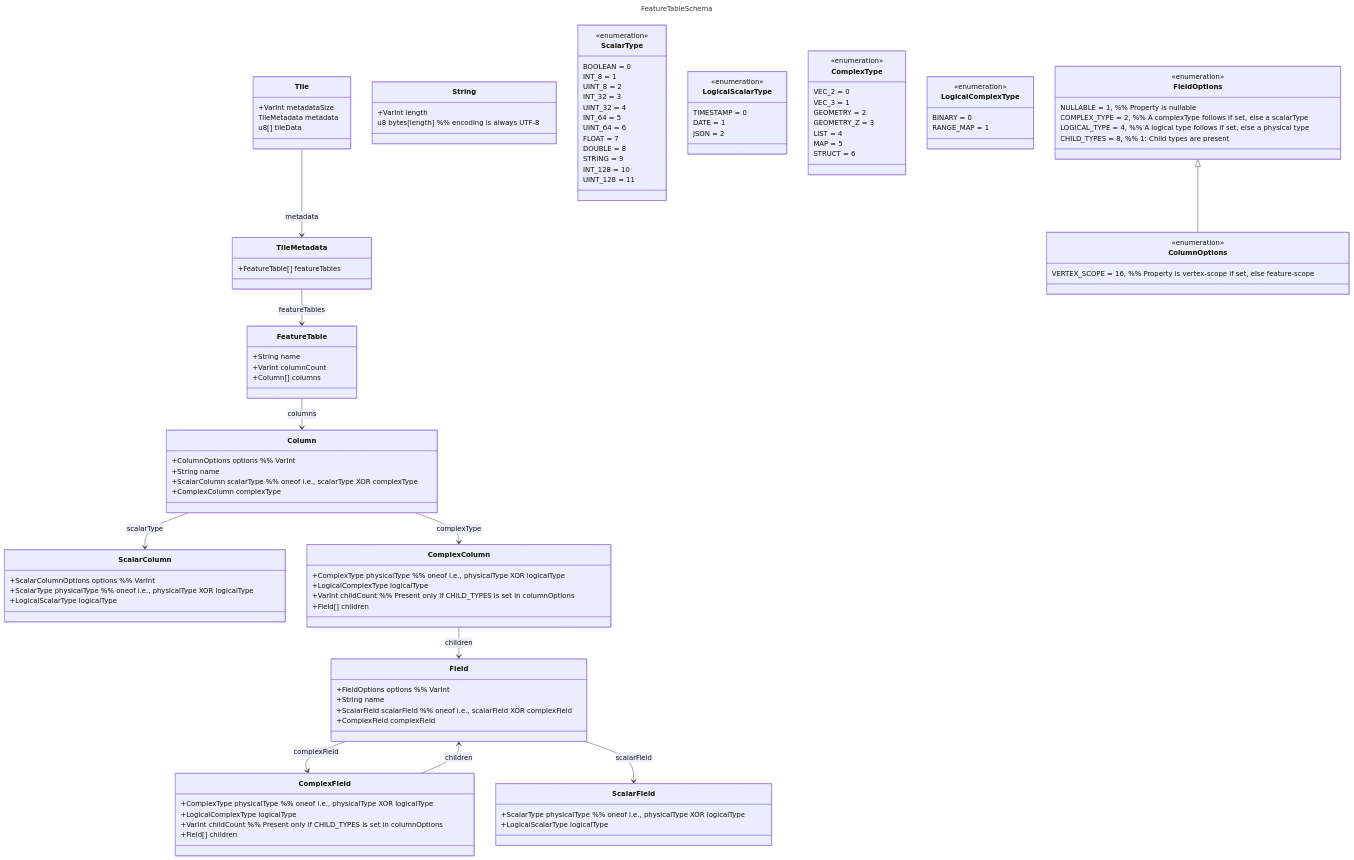
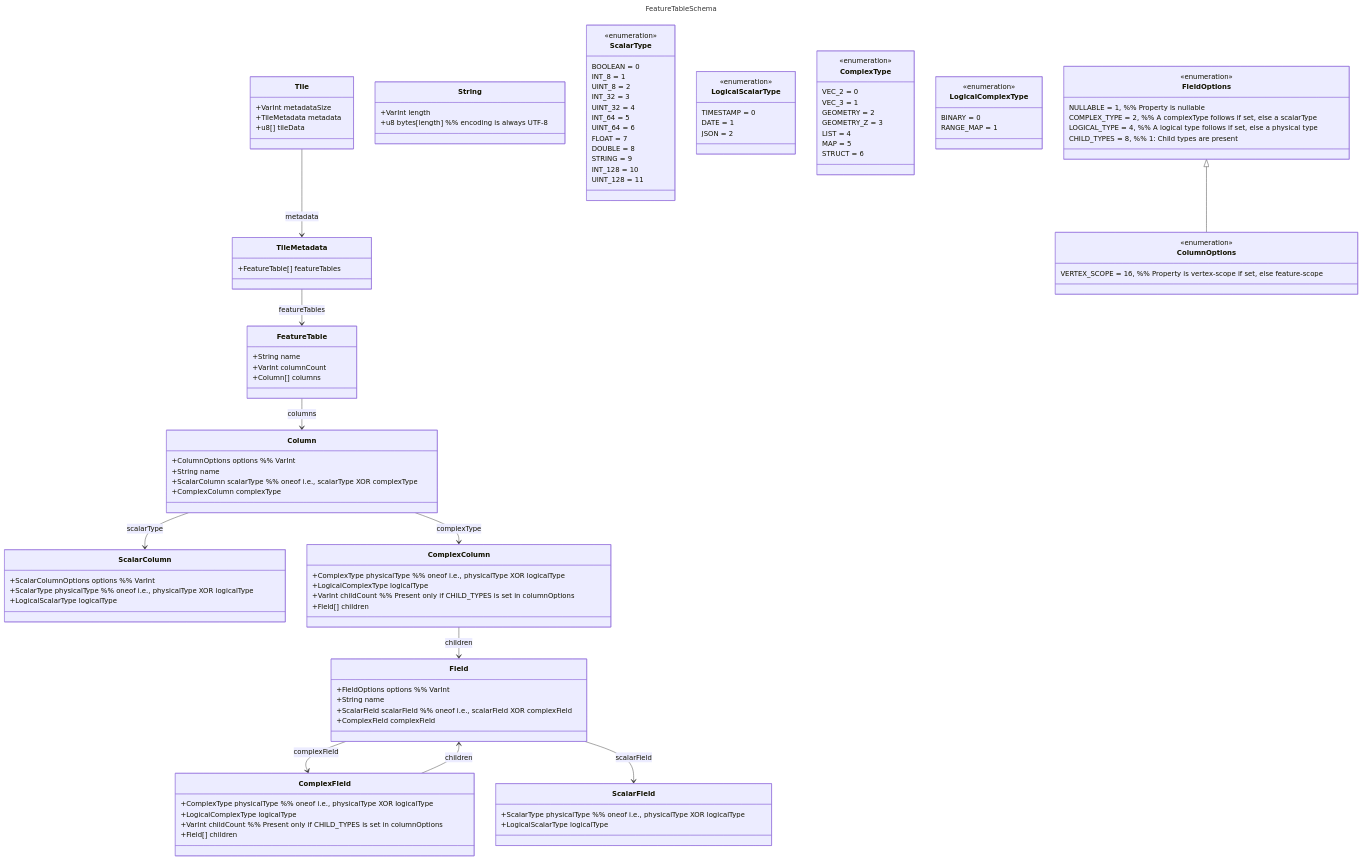
The diagram in spec/assets/FeatureTableSchema.mermaid (maplibre/maplibre-tile-spec), drawn with Mermaid before and after one commit.

Commit message:
tweak diagram

```diff
--- a/spec/assets/FeatureTableSchema.mermaid
+++ b/spec/assets/FeatureTableSchema.mermaid
@@ -1,143 +1,142 @@
 ---
 title: FeatureTableSchema
 config:
   class:
     hideEmptyMembersBox: true
 ---
 classDiagram
     %% ---------------- Tile ----------------
     class Tile {
 	  +VarInt metadataSize
-	  TileMetadata metadata
-      u8[] tileData
+	  +TileMetadata metadata
+      +u8[] tileData
     }
 
     %% ---------------- TileMetadata ----------------
     class TileMetadata {
       +FeatureTable[] featureTables
     }
 
     %% ---------------- FeatureTable ----------------
     class FeatureTable {
       +String name
       +VarInt columnCount
       +Column[] columns
     }
 
     %% ---------------- Column ----------------
     class Column {
       +ColumnOptions options %% VarInt
       +String name
       +ScalarColumn scalarType %% oneof i.e., scalarType XOR complexType
       +ComplexColumn complexType
     }
 
     %% ---------------- ScalarColumn ----------------
     class ScalarColumn {
       +ScalarColumnOptions options %% VarInt
-
       +ScalarType physicalType %% oneof i.e., physicalType XOR logicalType
       +LogicalScalarType logicalType
     }
 
     %% ---------------- ComplexColumn ----------------
     class ComplexColumn {
       +ComplexType physicalType %% oneof i.e., physicalType XOR logicalType
       +LogicalComplexType logicalType
       +VarInt childCount %% Present only if CHILD_TYPES is set in columnOptions
       +Field[] children
     }
 
     %% ---------------- Field ----------------
     class Field {
       +FieldOptions options %% VarInt
       +String name
       +ScalarField scalarField %% oneof i.e., scalarField XOR complexField
       +ComplexField complexField
     }
 
     %% ---------------- ScalarField ----------------
     class ScalarField {
       +ScalarType physicalType %% oneof i.e., physicalType XOR logicalType
       +LogicalScalarType logicalType
     }
 
     %% ---------------- ComplexField ----------------
     class ComplexField {
       +ComplexType physicalType %% oneof i.e., physicalType XOR logicalType
       +LogicalComplexType logicalType
       +VarInt childCount %% Present only if CHILD_TYPES is set in columnOptions
       +Field[] children
     }
 
     %% ---------------- String ------------------
     class String {
       +VarInt length
-      u8 bytes[length] %% encoding is always UTF-8
+      +u8 bytes[length] %% encoding is always UTF-8
     }
 
     %% ---------------- Enumerations ----------------
     class ScalarType {
       <<enumeration>>
       BOOLEAN = 0
       INT_8 = 1
       UINT_8 = 2
       INT_32 = 3
       UINT_32 = 4
       INT_64 = 5
       UINT_64 = 6
       FLOAT = 7
       DOUBLE = 8
       STRING = 9
       INT_128 = 10
       UINT_128 = 11
     }
 
     class LogicalScalarType {
       <<enumeration>>
       TIMESTAMP = 0
       DATE = 1
       JSON = 2
     }
 
     class ComplexType {
       <<enumeration>>
       VEC_2 = 0
       VEC_3 = 1
       GEOMETRY = 2
       GEOMETRY_Z = 3
       LIST = 4
       MAP = 5
       STRUCT = 6
     }
 
     class LogicalComplexType {
       <<enumeration>>
       BINARY = 0
       RANGE_MAP = 1
     }
 
     class FieldOptions {
       <<enumeration>>
       NULLABLE = 1, %% Property is nullable
       COMPLEX_TYPE = 2, %% A complexType follows if set, else a scalarType
       LOGICAL_TYPE = 4, %% A logical type follows if set, else a physical type
       CHILD_TYPES = 8, %% 1: Child types are present
     }
 
     class ColumnOptions {
       <<enumeration>>
       VERTEX_SCOPE = 16, %% Property is vertex-scope if set, else feature-scope
     }
 
     %% ---------------- Associations ----------------
     FieldOptions <|-- ColumnOptions
 	Tile --> TileMetadata : metadata
     TileMetadata --> FeatureTable : featureTables
     FeatureTable --> Column : columns
     Column --> ScalarColumn : scalarType
     Column --> ComplexColumn : complexType
     ComplexColumn --> Field : children
     ComplexField --> Field : children
     Field --> ComplexField : complexField
     Field --> ScalarField : scalarField
```
